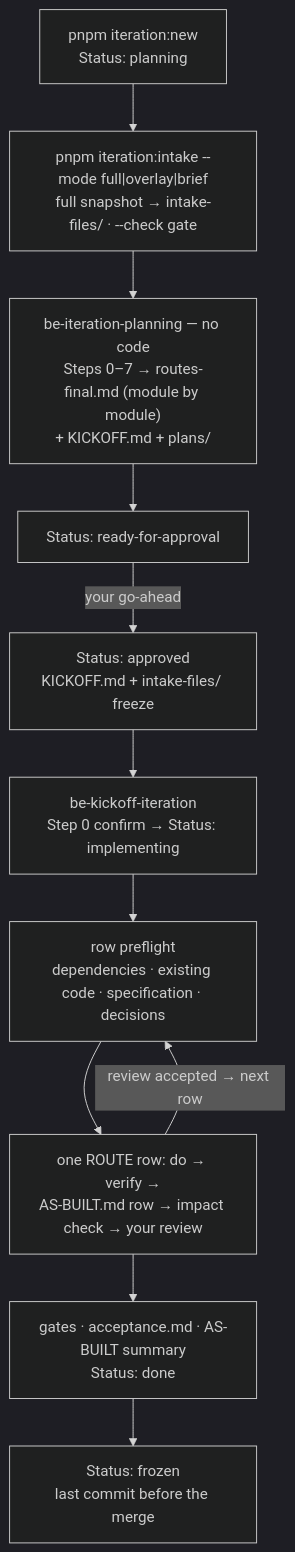
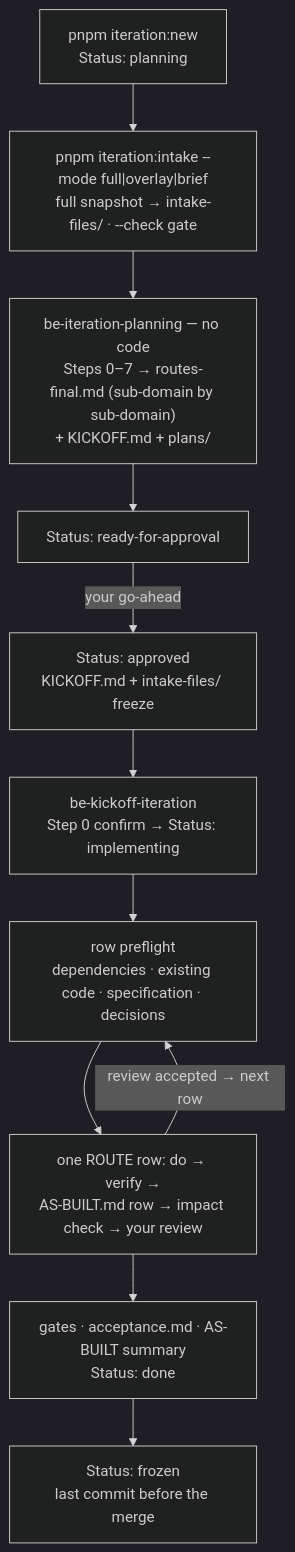
Before and after one commit to albetrios/clinozy-be: the diagram in docs/design-workflow/process/README.md, drawn with Mermaid (dark theme). The commit also changed other lines of this file and 339 other files, not shown here.

````diff
--- a/docs/design-workflow/process/README.md
+++ b/docs/design-workflow/process/README.md
@@ -10,13 +10,13 @@
 ```mermaid
 flowchart TB
   NEW["pnpm iteration:new<br/>Status: planning"] --> INTAKE["pnpm iteration:intake --mode full|overlay|brief<br/>full snapshot → intake-files/ · --check gate"]
-  INTAKE --> PLAN["be-iteration-planning — no code<br/>Steps 0–7 → routes-final.md (module by module)<br/>+ KICKOFF.md + plans/"]
+  INTAKE --> PLAN["be-iteration-planning — no code<br/>Steps 0–7 → routes-final.md (sub-domain by sub-domain)<br/>+ KICKOFF.md + plans/"]
   PLAN --> READY["Status: ready-for-approval"]
   READY -->|your go-ahead| APPROVED["Status: approved<br/>KICKOFF.md + intake-files/ freeze"]
   APPROVED --> KICK["be-kickoff-iteration<br/>Step 0 confirm → Status: implementing"]
   KICK --> PREFLIGHT["row preflight<br/>dependencies · existing code · specification · decisions"]
   PREFLIGHT --> ROW["one ROUTE row: do → verify →<br/>AS-BUILT.md row → impact check → your review"]
   ROW -->|review accepted → next row| PREFLIGHT
   ROW --> DONE["gates · acceptance.md · AS-BUILT summary<br/>Status: done"]
   DONE --> FROZEN["Status: frozen<br/>last commit before the merge"]
 ```
````
